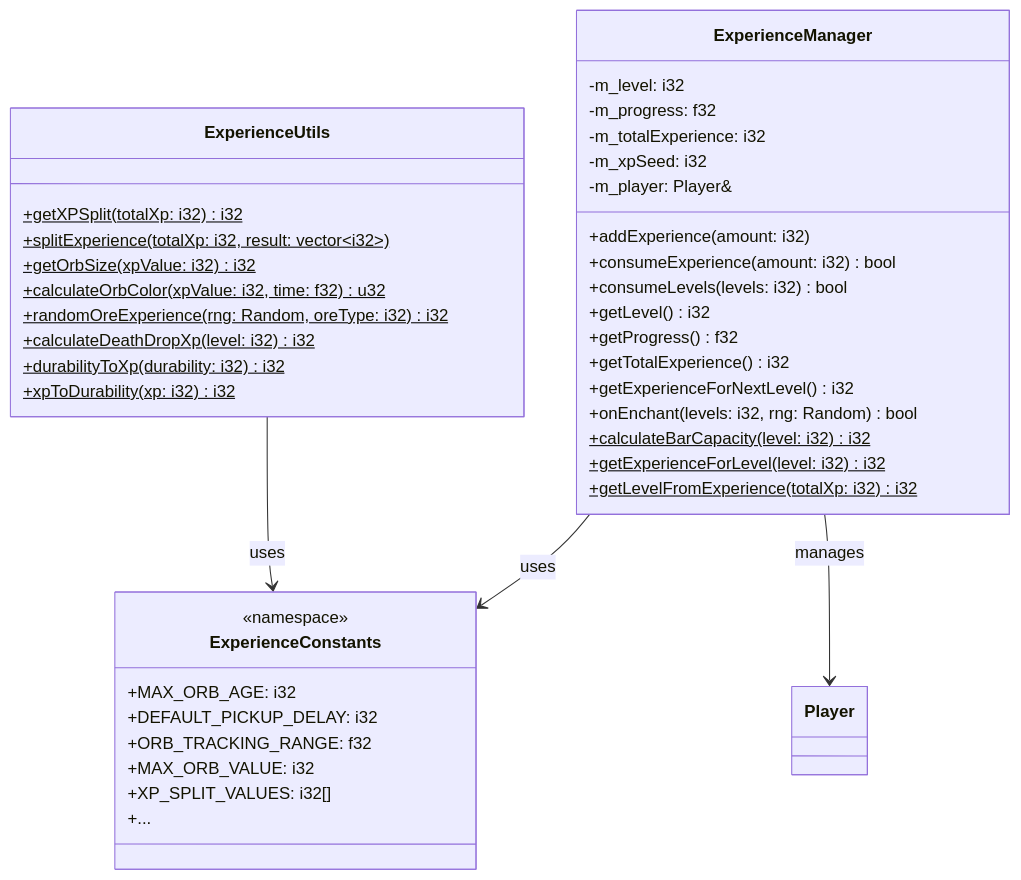
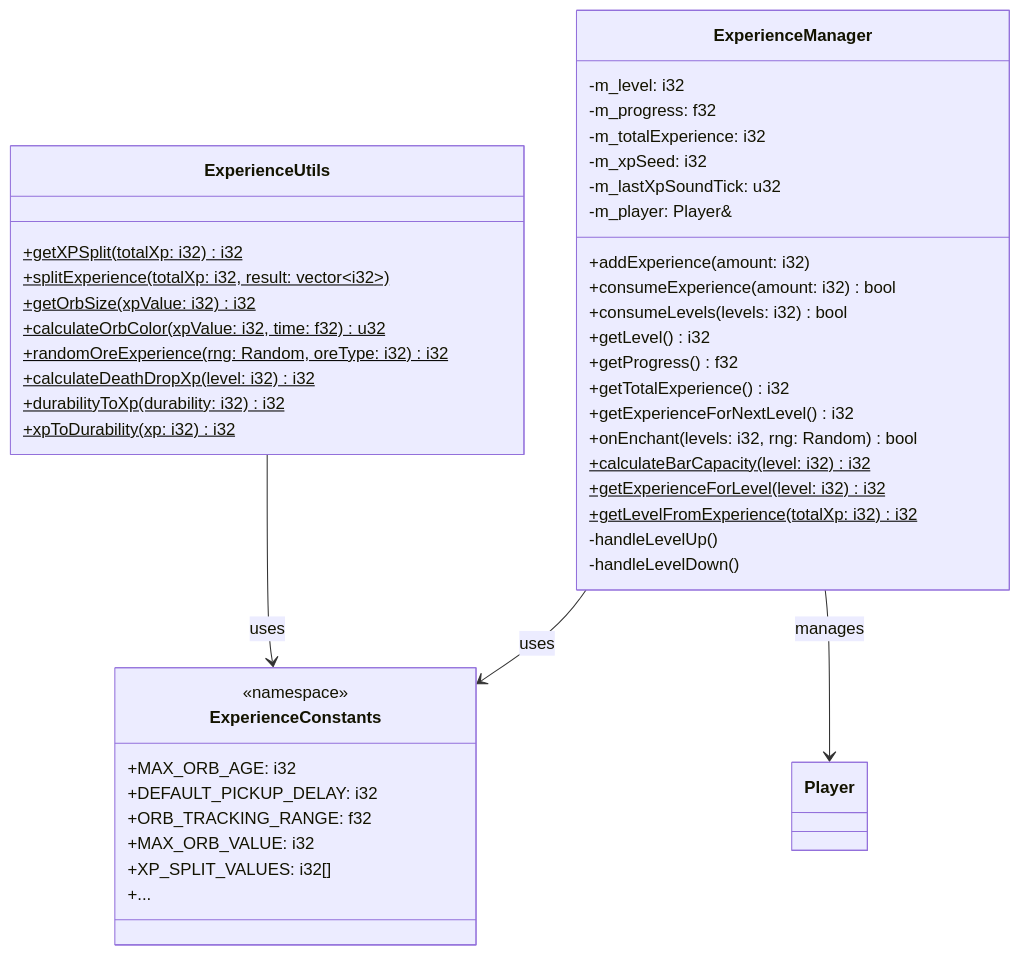
One commit to g122622/Cubium changed the diagram in src/common/entity/experience/README.md. Above: the diagram before and after it, drawn with Mermaid. The commit also changed other lines of this file and 2 other files, not shown here.

````diff
--- a/src/common/entity/experience/README.md
+++ b/src/common/entity/experience/README.md
@@ -158,46 +183,49 @@
 ```mermaid
 classDiagram
     class ExperienceManager {
         -m_level: i32
         -m_progress: f32
         -m_totalExperience: i32
         -m_xpSeed: i32
+        -m_lastXpSoundTick: u32
         -m_player: Player&
         +addExperience(amount: i32)
         +consumeExperience(amount: i32) bool
         +consumeLevels(levels: i32) bool
         +getLevel() i32
         +getProgress() f32
         +getTotalExperience() i32
         +getExperienceForNextLevel() i32
         +onEnchant(levels: i32, rng: Random) bool
         +calculateBarCapacity(level: i32)$ i32
         +getExperienceForLevel(level: i32)$ i32
         +getLevelFromExperience(totalXp: i32)$ i32
+        -handleLevelUp()
+        -handleLevelDown()
     }
 
     class ExperienceUtils {
         +getXPSplit(totalXp: i32)$ i32
         +splitExperience(totalXp: i32, result: vector~i32~)$
         +getOrbSize(xpValue: i32)$ i32
         +calculateOrbColor(xpValue: i32, time: f32)$ u32
         +randomOreExperience(rng: Random, oreType: i32)$ i32
         +calculateDeathDropXp(level: i32)$ i32
         +durabilityToXp(durability: i32)$ i32
         +xpToDurability(xp: i32)$ i32
     }
 
     class ExperienceConstants {
         <<namespace>>
         +MAX_ORB_AGE: i32
         +DEFAULT_PICKUP_DELAY: i32
         +ORB_TRACKING_RANGE: f32
         +MAX_ORB_VALUE: i32
         +XP_SPLIT_VALUES: i32[]
         +...
     }
 
     ExperienceManager --> ExperienceConstants : uses
     ExperienceManager --> Player : manages
     ExperienceUtils --> ExperienceConstants : uses
 ```
````
